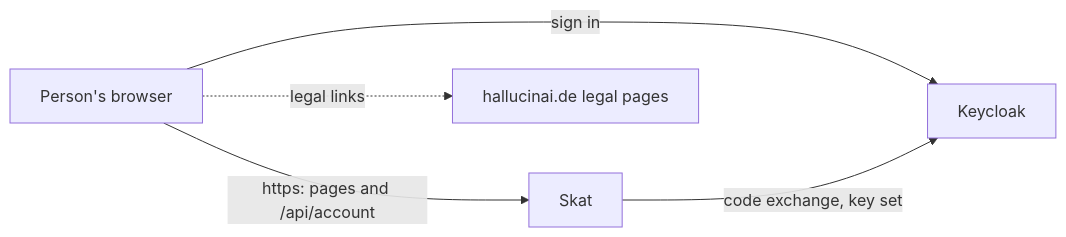
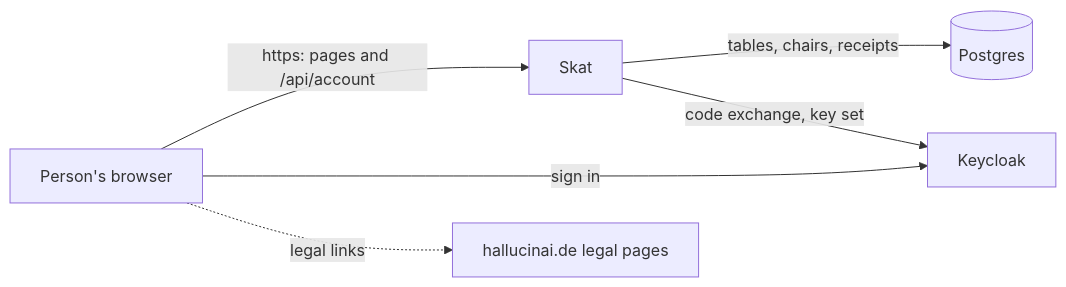
The first of 3 diagrams in docs/ARCHITECTURE.md (overnightworks/skat), drawn with Mermaid before and after one commit. The commit also changed other lines of this file and 10 other files, not shown here.

````diff
--- a/docs/ARCHITECTURE.md
+++ b/docs/ARCHITECTURE.md
@@ -7,7 +7,8 @@
 ```mermaid
 flowchart LR
     person["Person's browser"] -->|"https: pages and /api/account"| skat["Skat"]
     person -->|"sign in"| keycloak["Keycloak"]
+    skat -->|"tables, chairs, receipts"| database[("Postgres")]
     skat -->|"code exchange, key set"| keycloak
     person -.->|"legal links"| legal["hallucinai.de legal pages"]
 ```
````
